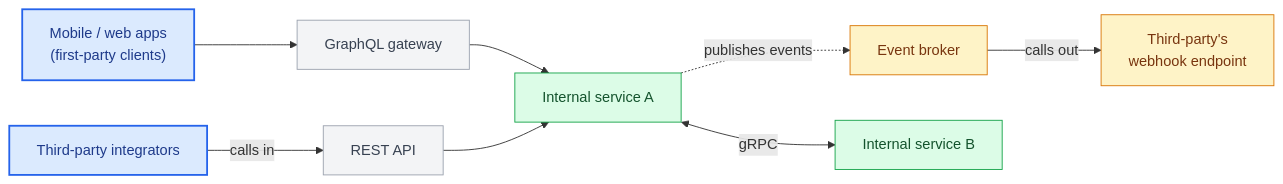
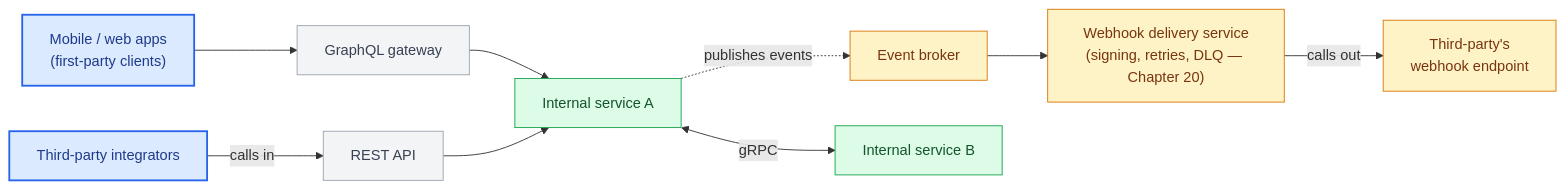
One commit to Nishamol/api-architecture-book changed the third of 3 diagrams in part1-foundations/01-introduction.md. Above: the diagram before and after it, drawn with Mermaid. The commit also changed other lines of this file and 1 other file, not shown here.

Commit message:
Chapter1,4-updated

````diff
--- a/part1-foundations/01-introduction.md
+++ b/part1-foundations/01-introduction.md
@@ -173,21 +173,22 @@
 ```mermaid
 flowchart LR
     Mobile["Mobile / web apps<br/>(first-party clients)"] --> GW["GraphQL gateway"]
     ThirdParty["Third-party integrators"] -->|"calls in"| REST["REST API"]
-    Broker["Event broker"] -->|"calls out"| WebhookEndpoint["Third-party's<br/>webhook endpoint"]
+    Broker["Event broker"] --> Delivery["Webhook delivery service<br/>(signing, retries, DLQ — Chapter 20)"]
+    Delivery -->|"calls out"| WebhookEndpoint["Third-party's<br/>webhook endpoint"]
 
     GW --> SvcA["Internal service A"]
     REST --> SvcA
     SvcA <-->|gRPC| SvcB["Internal service B"]
     SvcA -.->|publishes events| Broker
 
     classDef client fill:#dbeafe,stroke:#2563eb,color:#1e3a8a,stroke-width:2px
     classDef neutral fill:#f3f4f6,stroke:#9ca3af,color:#374151
     classDef success fill:#dcfce7,stroke:#16a34a,color:#14532d
     classDef warn fill:#fef3c7,stroke:#d97706,color:#78350f
 
     class Mobile,ThirdParty client
     class GW,REST neutral
     class SvcA,SvcB success
-    class Broker,WebhookEndpoint warn
+    class Broker,Delivery,WebhookEndpoint warn
 ```
````
